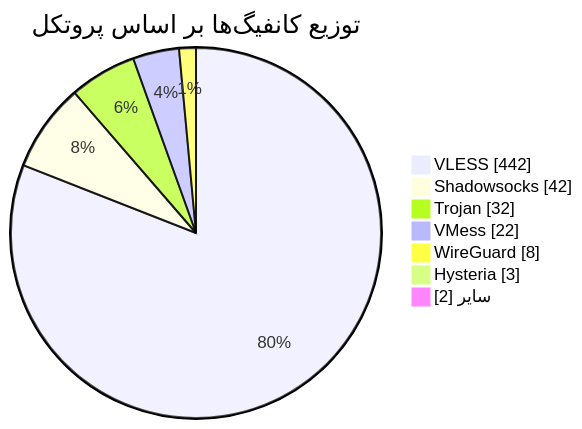
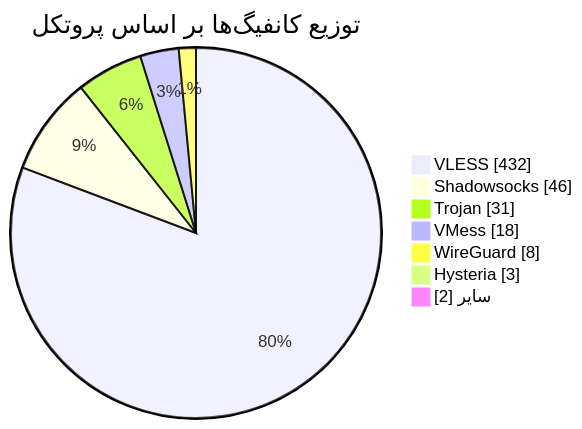
One commit to Arian-Alijani/Somthing changed the diagram in README.md. Above: the diagram before and after it, drawn with Mermaid. The commit also changed other lines of this file and 77 other files, not shown here.

````diff
--- a/README.md
+++ b/README.md
@@ -49,11 +49,11 @@
 ```mermaid
 pie showData
     title توزیع کانفیگ‌ها بر اساس پروتکل
-    "VLESS" : 442
-    "Shadowsocks" : 42
-    "Trojan" : 32
-    "VMess" : 22
+    "VLESS" : 432
+    "Shadowsocks" : 46
+    "Trojan" : 31
+    "VMess" : 18
     "WireGuard" : 8
     "Hysteria" : 3
     "سایر" : 2
 ```
````
